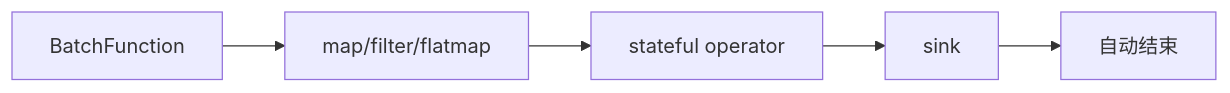
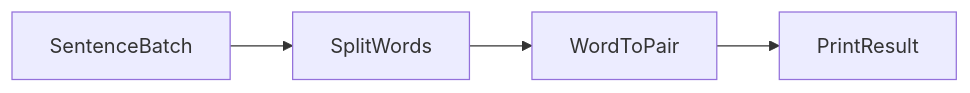
The diagram in docs_src/get_start/cpu_examples/streaming/limited_streaming.md (peilin9990/SAGE-Pub), drawn with Mermaid before and after one commit. The commit also changed other lines of this file and 6 other files, not shown here.

````diff
--- a/docs_src/get_start/cpu_examples/streaming/limited_streaming.md
+++ b/docs_src/get_start/cpu_examples/streaming/limited_streaming.md
@@ -9,7 +5,6 @@
 ```mermaid
 graph LR
-    A[BatchFunction] --> B[map/filter/flatmap]
-    B --> C[stateful operator]
-    C --> D[sink]
-    D --> E[自动结束]
+    A[SentenceBatch] --> B[SplitWords]
+    B --> C[WordToPair]
+    C --> D[PrintResult]
 ```
````
